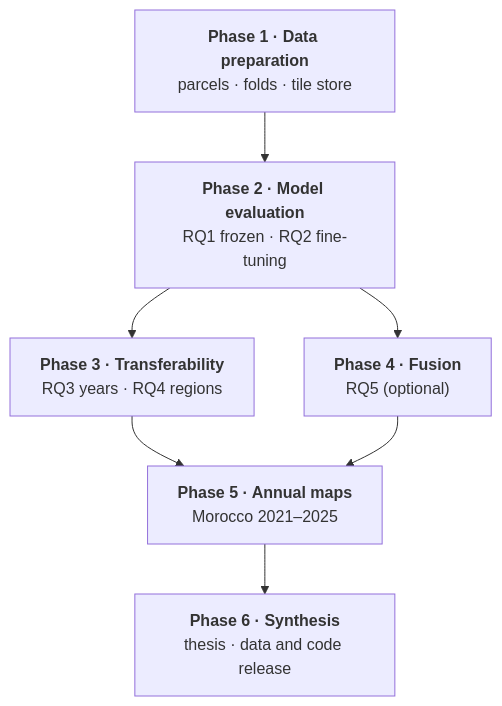
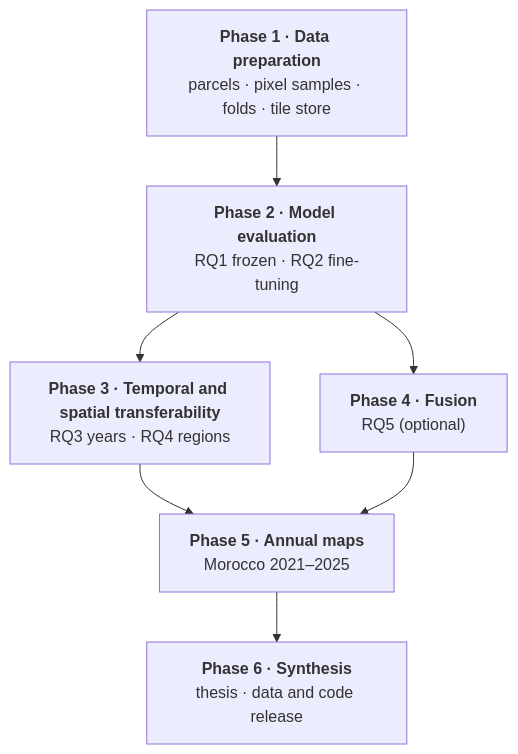
The diagram in docs/research_plan.md (amanchry/irrimapping-geofm), drawn with Mermaid before and after one commit. The commit also changed other lines of this file and 56 other files, not shown here.

````diff
--- a/docs/research_plan.md
+++ b/docs/research_plan.md
@@ -21,9 +21,9 @@
 ```mermaid
 flowchart TD
-    P1["<b>Phase 1 · Data preparation</b><br/>parcels · folds · tile store"] --> P2["<b>Phase 2 · Model evaluation</b><br/>RQ1 frozen · RQ2 fine-tuning"]
-    P2 --> P3["<b>Phase 3 · Transferability</b><br/>RQ3 years · RQ4 regions"]
+    P1["<b>Phase 1 · Data preparation</b><br/>parcels · pixel samples · folds · tile store"] --> P2["<b>Phase 2 · Model evaluation</b><br/>RQ1 frozen · RQ2 fine-tuning"]
+    P2 --> P3["<b>Phase 3 · Temporal and spatial transferability</b><br/>RQ3 years · RQ4 regions"]
     P2 --> P4["<b>Phase 4 · Fusion</b><br/>RQ5 (optional)"]
     P3 --> P5["<b>Phase 5 · Annual maps</b><br/>Morocco 2021–2025"]
     P4 --> P5
     P5 --> P6["<b>Phase 6 · Synthesis</b><br/>thesis · data and code release"]
 ```
````
